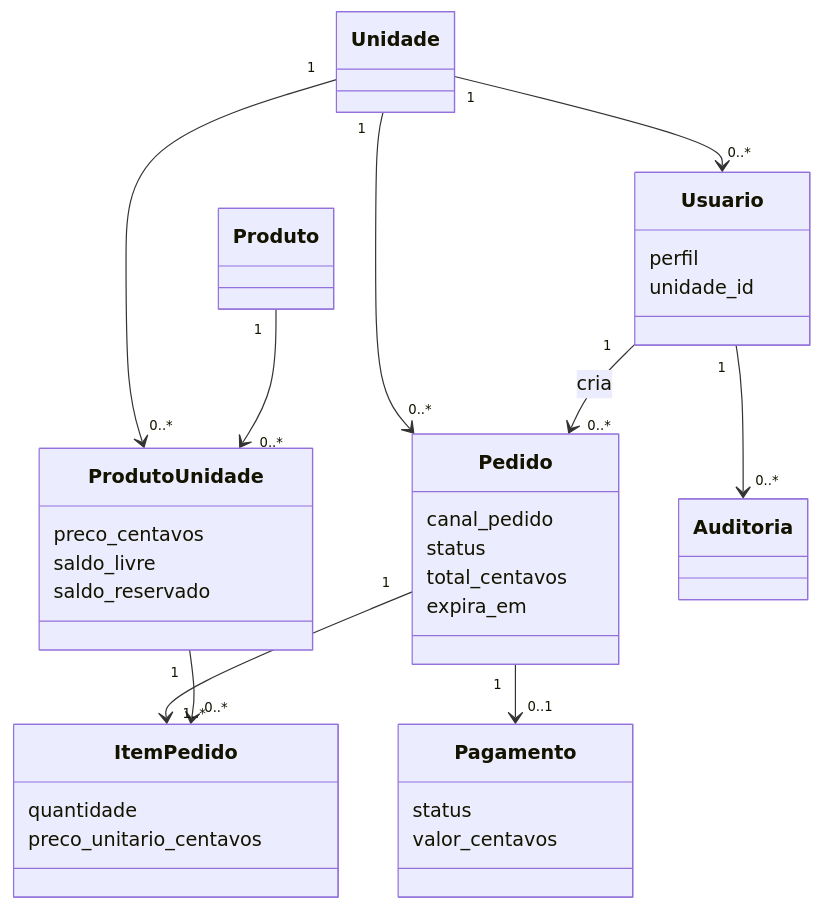
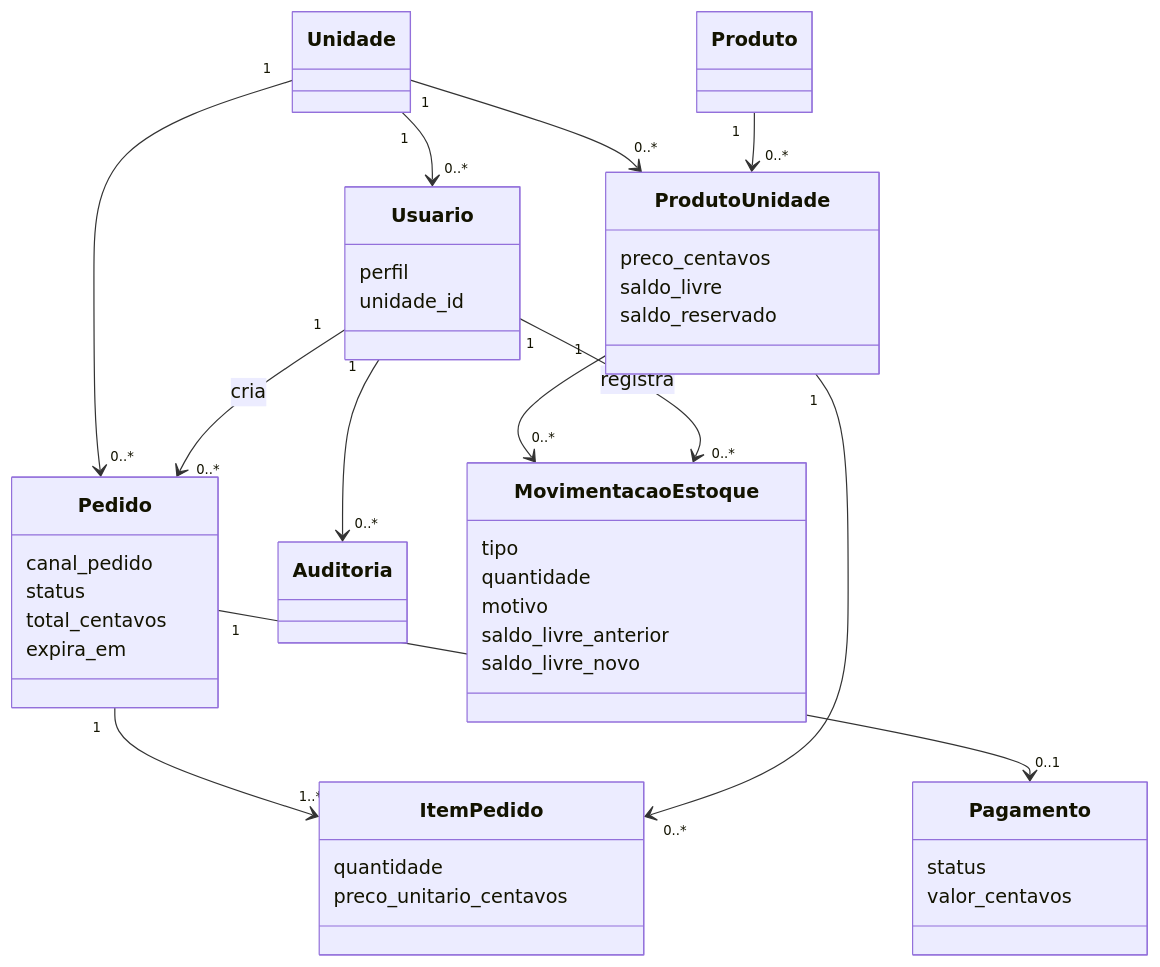
Before and after one commit to alexandrequintiliano95/projeto_uninter: the second of 3 diagrams in docs/DIAGRAMAS.md, drawn with Mermaid. The commit also changed 18 other files, not shown here.

````diff
--- a/docs/DIAGRAMAS.md
+++ b/docs/DIAGRAMAS.md
@@ -27,39 +27,48 @@
 ```mermaid
 classDiagram
     class Unidade
     class Usuario {
       perfil
       unidade_id
     }
     class Produto
     class ProdutoUnidade {
       preco_centavos
       saldo_livre
       saldo_reservado
     }
     class Pedido {
       canal_pedido
       status
       total_centavos
       expira_em
     }
     class ItemPedido {
       quantidade
       preco_unitario_centavos
     }
     class Pagamento {
       status
       valor_centavos
     }
     class Auditoria
+    class MovimentacaoEstoque {
+      tipo
+      quantidade
+      motivo
+      saldo_livre_anterior
+      saldo_livre_novo
+    }
 
     Unidade "1" --> "0..*" Usuario
     Unidade "1" --> "0..*" ProdutoUnidade
     Produto "1" --> "0..*" ProdutoUnidade
     Unidade "1" --> "0..*" Pedido
     Usuario "1" --> "0..*" Pedido : cria
     Pedido "1" --> "1..*" ItemPedido
     ProdutoUnidade "1" --> "0..*" ItemPedido
     Pedido "1" --> "0..1" Pagamento
     Usuario "1" --> "0..*" Auditoria
+    ProdutoUnidade "1" --> "0..*" MovimentacaoEstoque
+    Usuario "1" --> "0..*" MovimentacaoEstoque : registra
 ```
````
